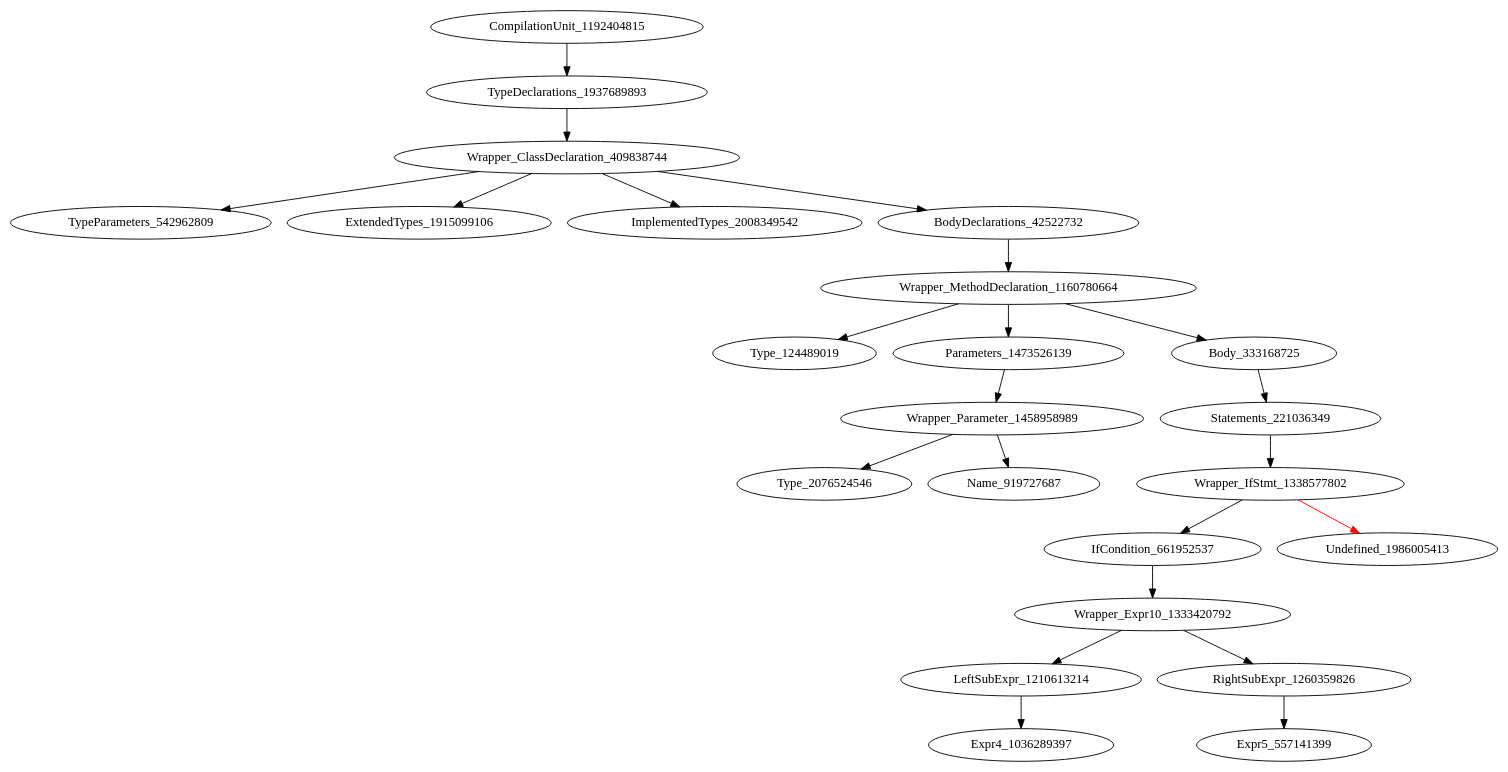
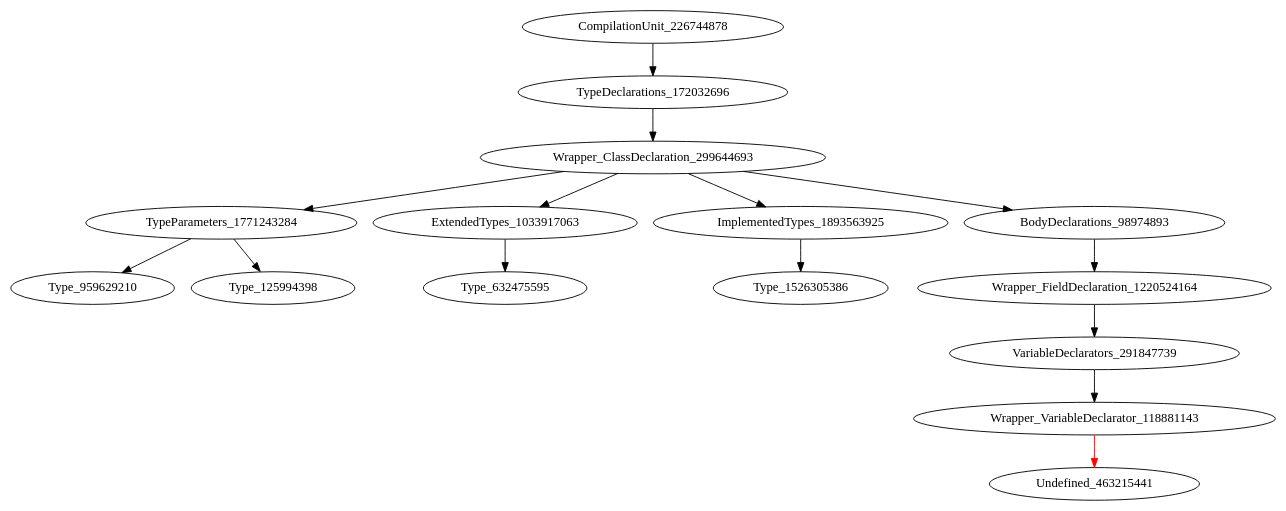
One commit to icse2023material/VoiceJava changed the diagram in holeAST.dot. Above: the diagram before and after it, drawn with Graphviz. The commit also changed 4 other files, not shown here.

```diff
--- a/holeAST.dot
+++ b/holeAST.dot
@@ -1,24 +1,16 @@
 digraph {
-CompilationUnit_1192404815 -> TypeDeclarations_1937689893
-TypeDeclarations_1937689893 -> Wrapper_ClassDeclaration_409838744
-Wrapper_ClassDeclaration_409838744 -> TypeParameters_542962809
-Wrapper_ClassDeclaration_409838744 -> ExtendedTypes_1915099106
-Wrapper_ClassDeclaration_409838744 -> ImplementedTypes_2008349542
-Wrapper_ClassDeclaration_409838744 -> BodyDeclarations_42522732
-BodyDeclarations_42522732 -> Wrapper_MethodDeclaration_1160780664
-Wrapper_MethodDeclaration_1160780664 -> Type_124489019
-Wrapper_MethodDeclaration_1160780664 -> Parameters_1473526139
-Wrapper_MethodDeclaration_1160780664 -> Body_333168725
-Parameters_1473526139 -> Wrapper_Parameter_1458958989
-Body_333168725 -> Statements_221036349
-Wrapper_Parameter_1458958989 -> Type_2076524546
-Wrapper_Parameter_1458958989 -> Name_919727687
-Statements_221036349 -> Wrapper_IfStmt_1338577802
-Wrapper_IfStmt_1338577802 -> IfCondition_661952537
-Wrapper_IfStmt_1338577802 -> Undefined_1986005413 [color = red] 
-IfCondition_661952537 -> Wrapper_Expr10_1333420792
-Wrapper_Expr10_1333420792 -> LeftSubExpr_1210613214
-Wrapper_Expr10_1333420792 -> RightSubExpr_1260359826
-LeftSubExpr_1210613214 -> Expr4_1036289397
-RightSubExpr_1260359826 -> Expr5_557141399
+CompilationUnit_226744878 -> TypeDeclarations_172032696
+TypeDeclarations_172032696 -> Wrapper_ClassDeclaration_299644693
+Wrapper_ClassDeclaration_299644693 -> TypeParameters_1771243284
+Wrapper_ClassDeclaration_299644693 -> ExtendedTypes_1033917063
+Wrapper_ClassDeclaration_299644693 -> ImplementedTypes_1893563925
+Wrapper_ClassDeclaration_299644693 -> BodyDeclarations_98974893
+TypeParameters_1771243284 -> Type_959629210
+TypeParameters_1771243284 -> Type_125994398
+ExtendedTypes_1033917063 -> Type_632475595
+ImplementedTypes_1893563925 -> Type_1526305386
+BodyDeclarations_98974893 -> Wrapper_FieldDeclaration_1220524164
+Wrapper_FieldDeclaration_1220524164 -> VariableDeclarators_291847739
+VariableDeclarators_291847739 -> Wrapper_VariableDeclarator_118881143
+Wrapper_VariableDeclarator_118881143 -> Undefined_463215441 [color = red] 
 }
```
